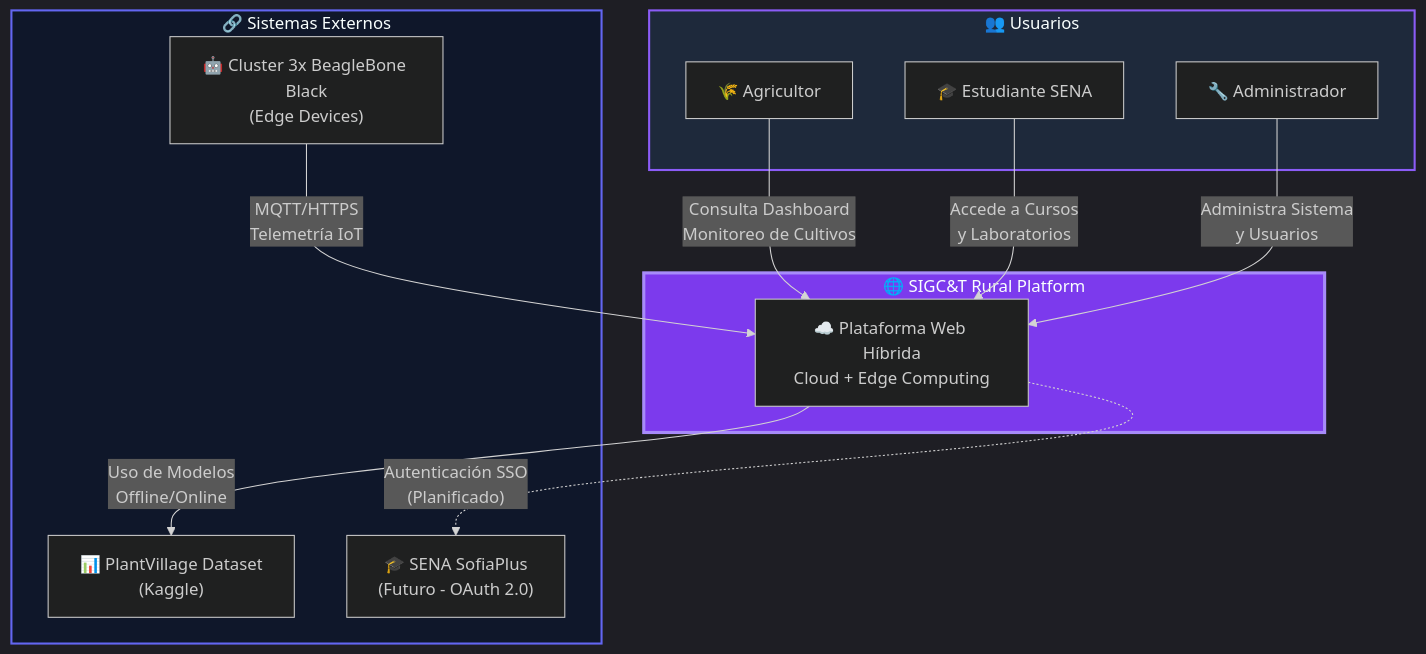
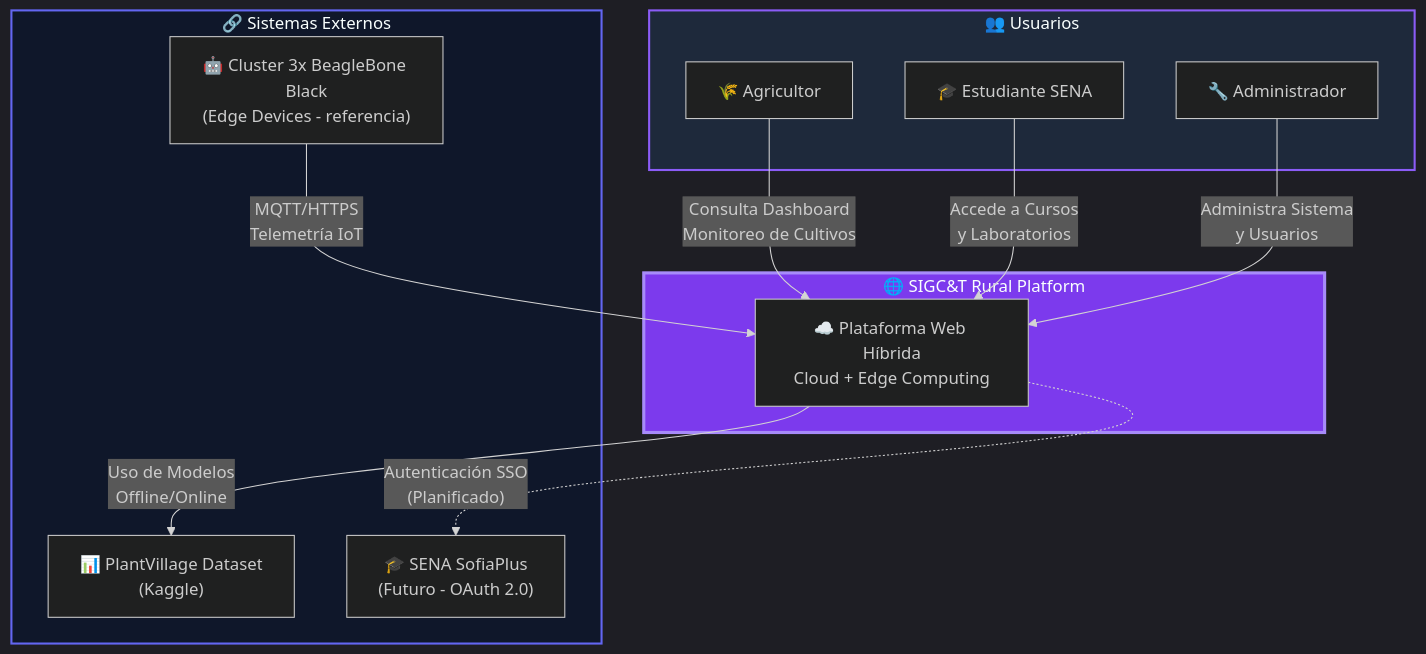
The second of 5 diagrams in README.md (badolgm/sigcTiArural), drawn with Mermaid before and after one commit. The commit also changed other lines of this file and 1 other file, not shown here.

````diff
--- a/README.md
+++ b/README.md
@@ -164,31 +199,31 @@
 ```mermaid
 %%{init: {'theme':'dark', 'themeVariables': { 'primaryColor':'#7c3aed','fontSize':'16px'}}}%%
 flowchart TB
     subgraph users["👥 Usuarios"]
         A["🌾 Agricultor"]
         B["🎓 Estudiante SENA"]
         C["🔧 Administrador"]
     end
 
     subgraph sigct["🌐 SIGC&T Rural Platform"]
         S["☁️ Plataforma Web Híbrida<br/>Cloud + Edge Computing"]
     end
 
     subgraph external["🔗 Sistemas Externos"]
-        E1["🤖 Cluster 3x BeagleBone Black<br/>(Edge Devices)"]
+        E1["🤖 Cluster 3x BeagleBone Black<br/>(Edge Devices - referencia)"]
         E2["📊 PlantVillage Dataset<br/>(Kaggle)"]
         E3["🎓 SENA SofiaPlus<br/>(Futuro - OAuth 2.0)"]
     end
 
     A -->|"Consulta Dashboard<br/>Monitoreo de Cultivos"| S
     B -->|"Accede a Cursos<br/>y Laboratorios"| S
     C -->|"Administra Sistema<br/>y Usuarios"| S
-    
+
     E1 -->|"MQTT/HTTPS<br/>Telemetría IoT"| S
     S -->|"Uso de Modelos<br/>Offline/Online"| E2
     S -.->|"Autenticación SSO<br/>(Planificado)"| E3
 
     style users fill:#1e293b,stroke:#8b5cf6,stroke-width:2px
     style sigct fill:#7c3aed,stroke:#a78bfa,stroke-width:3px
     style external fill:#0f172a,stroke:#6366f1,stroke-width:2px
 ```
````
